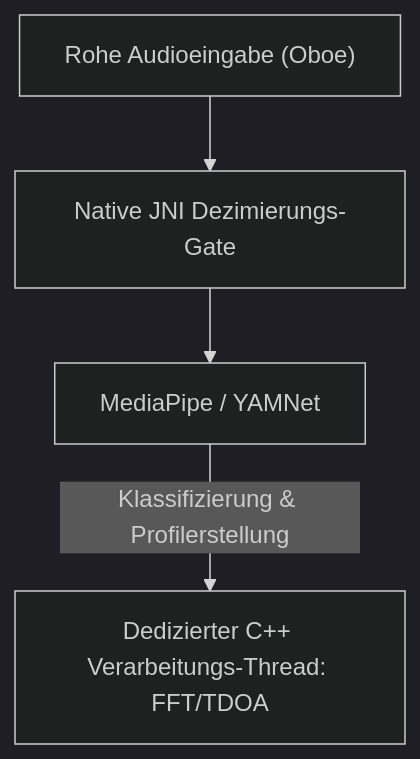
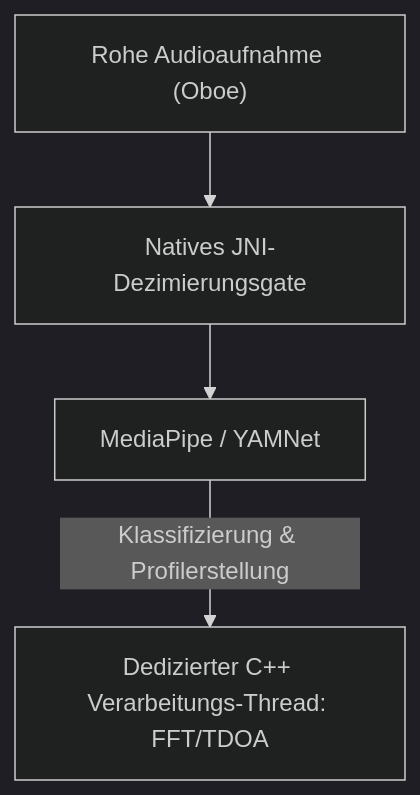
The diagram in AREADME_de.md (rpalm01-star/VigilantEarLegal), drawn with Mermaid (dark theme) before and after one commit. The commit also changed other lines of this file and 7 other files, not shown here.

````diff
--- a/AREADME_de.md
+++ b/AREADME_de.md
@@ -39,6 +43,6 @@
 ```mermaid
 graph TD
-    A["Rohe Audioeingabe (Oboe)"] --> B["Native JNI Dezimierungs-Gate"]
+    A["Rohe Audioaufnahme (Oboe)"] --> B["Natives JNI-Dezimierungsgate"]
     B --> C["MediaPipe / YAMNet"]
     C -- "Klassifizierung & Profilerstellung" --> D["Dedizierter C++ Verarbeitungs-Thread: FFT/TDOA"]
 ```
````
